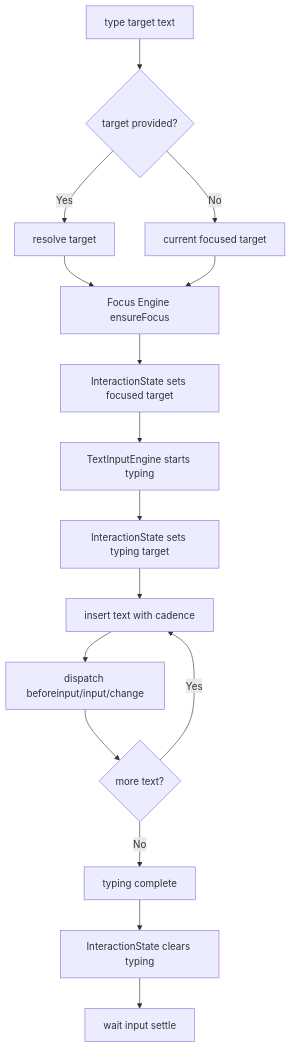
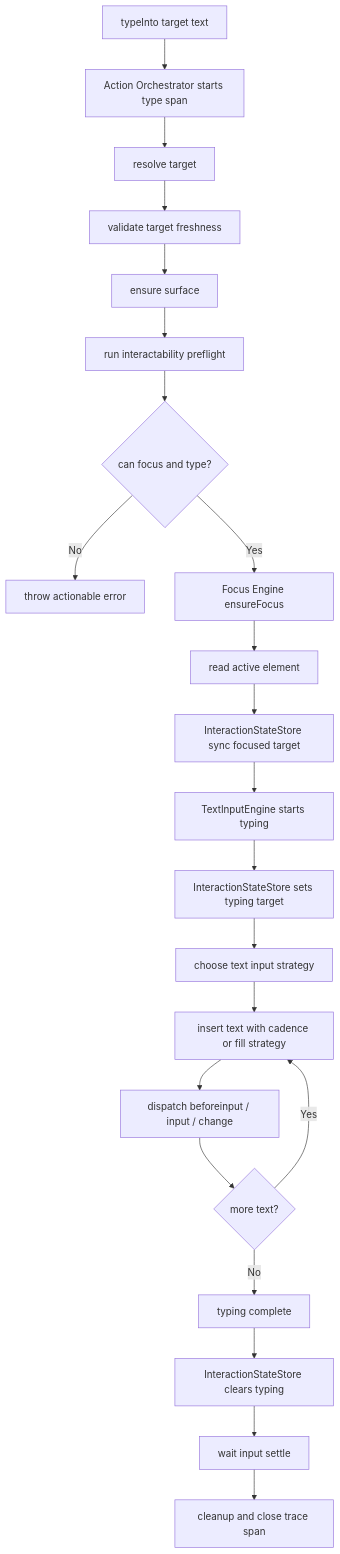
Before and after one commit to syi0808/actorble: the fifth of 5 diagrams in docs/browser-architecture.md, drawn with Mermaid. The commit also changed other lines of this file and 1 other file, not shown here.

Commit message:
update architecture draft docs

````diff
--- a/docs/browser-architecture.md
+++ b/docs/browser-architecture.md
@@ -534,22 +1553,30 @@
 ```mermaid
 flowchart TD
-    A[type target text] --> B{target provided?}
-    B -->|Yes| C[resolve target]
-    B -->|No| D[current focused target]
+    A[typeInto target text] --> B[Action Orchestrator starts type span]
+    B --> C[resolve target]
+    C --> D[validate target freshness]
+    D --> E[ensure surface]
+    E --> F[run interactability preflight]
 
-    C --> E[Focus Engine ensureFocus]
-    D --> E
+    F --> G{can focus and type?}
+    G -->|No| H[throw actionable error]
+    G -->|Yes| I[Focus Engine ensureFocus]
 
-    E --> F[InteractionState sets focused target]
-    F --> G[TextInputEngine starts typing]
-    G --> H[InteractionState sets typing target]
+    I --> J[read active element]
+    J --> K[InteractionStateStore sync focused target]
 
-    H --> I[insert text with cadence]
-    I --> J[dispatch beforeinput/input/change]
-    J --> K{more text?}
+    K --> L[TextInputEngine starts typing]
+    L --> M[InteractionStateStore sets typing target]
 
-    K -->|Yes| I
-    K -->|No| L[typing complete]
-    L --> M[InteractionState clears typing]
-    M --> N[wait input settle]
+    M --> N[choose text input strategy]
+    N --> O[insert text with cadence or fill strategy]
+    O --> P[dispatch beforeinput / input / change]
+
+    P --> Q{more text?}
+    Q -->|Yes| O
+    Q -->|No| R[typing complete]
+
+    R --> S[InteractionStateStore clears typing]
+    S --> T[wait input settle]
+    T --> U[cleanup and close trace span]
 ```
````
